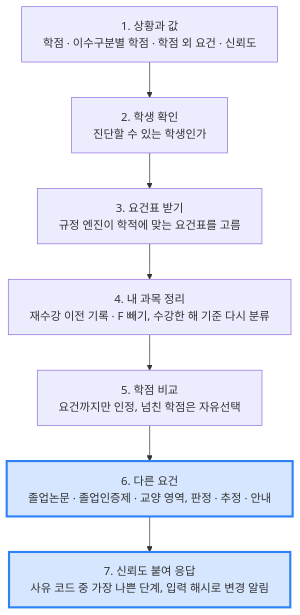
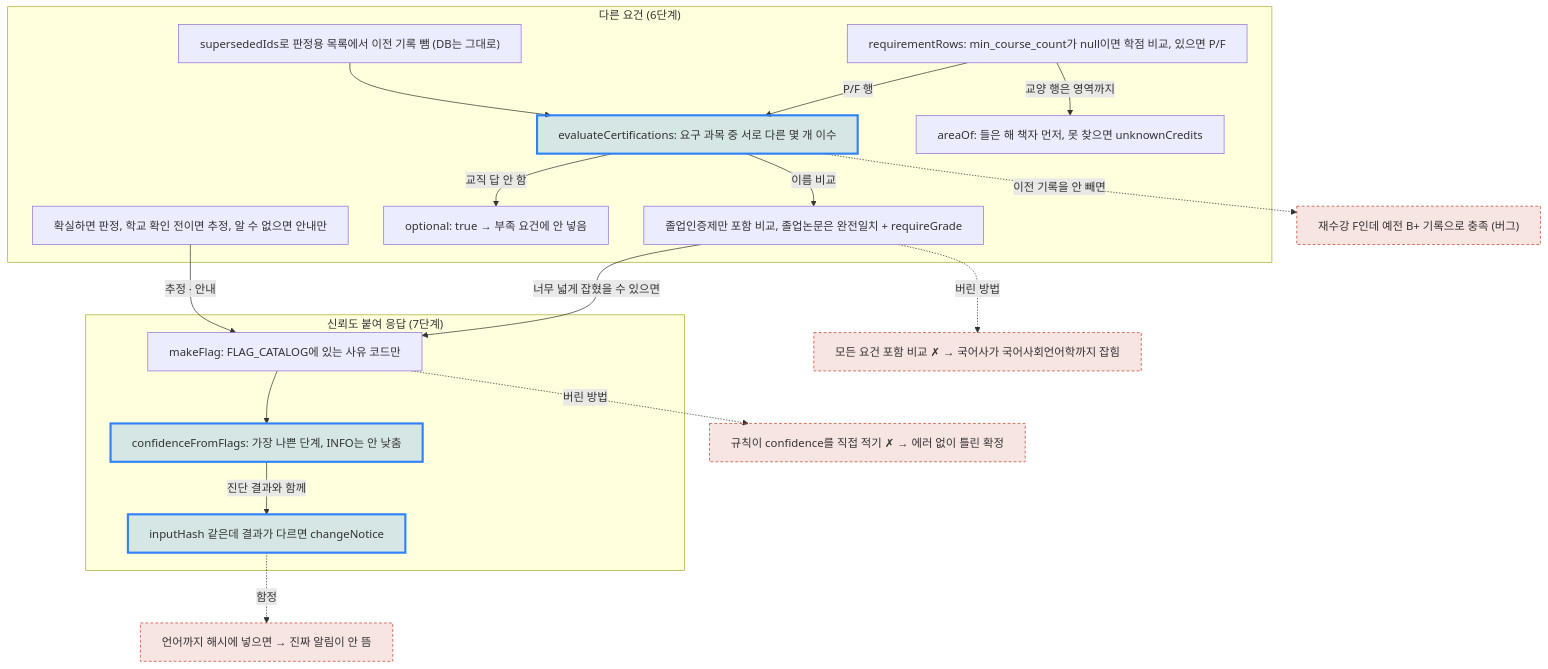
Before and after one commit to ChildrenAon/TIL: the diagram in 2026/November/11-19.md, drawn with Mermaid. The commit also changed other lines of this file, not shown here.

Commit message:
[ONE Student] 졸업 진단 다른 요건 · 신뢰도 · 입력 해시, 한 바퀴 정리
고침: 맨 위 그림을 그날 내용이 담긴 그림 한 장으로 바꿈

````diff
--- a/2026/November/11-19.md
+++ b/2026/November/11-19.md
@@ -16,12 +17,27 @@
 ```mermaid
 %%{init: {"flowchart": {"wrappingWidth": 600}, "themeCSS": ".edgeLabel div { display: table-cell !important; width: auto !important; max-width: none !important; white-space: nowrap !important; } .edgeLabel p { padding: 5px 12px !important; margin: 0 !important; background: #55555599; } .edgeLabel, .edgeLabel span, .edgeLabel .labelBkg { background: transparent !important; }"}}%%
 flowchart TD
-  A["1. 상황과 값<br/>학점 · 이수구분별 학점 · 학점 외 요건 · 신뢰도"] --> B["2. 학생 확인<br/>진단할 수 있는 학생인가"]
-  B --> C["3. 요건표 받기<br/>규정 엔진이 학적에 맞는 요건표를 고름"]
-  C --> D["4. 내 과목 정리<br/>재수강 이전 기록 · F 빼기, 수강한 해 기준 다시 분류"]
-  D --> E["5. 학점 비교<br/>요건까지만 인정, 넘친 학점은 자유선택"]
-  E --> F["6. 다른 요건<br/>졸업논문 · 졸업인증제 · 교양 영역, 판정 · 추정 · 안내"]
-  F --> G["7. 신뢰도 붙여 응답<br/>사유 코드 중 가장 나쁜 단계, 입력 해시로 변경 알림"]
+  subgraph S6["다른 요건 (6단계)"]
+    RR["requirementRows: min_course_count가 null이면 학점 비교, 있으면 P/F"]
+    RR -->|"P/F 행"| EC["evaluateCertifications: 요구 과목 중 서로 다른 몇 개 이수"]
+    SUP["supersededIds로 판정용 목록에서 이전 기록 뺌 (DB는 그대로)"] --> EC
+    EC -->|"이름 비교"| NM["졸업인증제만 포함 비교, 졸업논문은 완전일치 + requireGrade"]
+    EC -->|"교직 답 안 함"| TJ["optional: true → 부족 요건에 안 넣음"]
+    RR -->|"교양 행은 영역까지"| LA["areaOf: 들은 해 책자 먼저, 못 찾으면 unknownCredits"]
+    TR["확실하면 판정, 학교 확인 전이면 추정, 알 수 없으면 안내만"]
+  end
+  subgraph S7["신뢰도 붙여 응답 (7단계)"]
+    FL["makeFlag: FLAG_CATALOG에 있는 사유 코드만"] --> CF["confidenceFromFlags: 가장 나쁜 단계, INFO는 안 낮춤"]
+    CF -->|"진단 결과와 함께"| CN["inputHash 같은데 결과가 다르면 changeNotice"]
+  end
+  NM -->|"너무 넓게 잡혔을 수 있으면"| FL
+  TR -->|"추정 · 안내"| FL
+  NM -.->|"버린 방법"| B1["모든 요건 포함 비교 ✗ → 국어사가 국어사회언어학까지 잡힘"]
+  EC -.->|"이전 기록을 안 빼면"| B2["재수강 F인데 예전 B+ 기록으로 충족 (버그)"]
+  FL -.->|"버린 방법"| B3["규칙이 confidence를 직접 적기 ✗ → 에러 없이 틀린 확정"]
+  CN -.->|"함정"| B4["언어까지 해시에 넣으면 → 진짜 알림이 안 뜸"]
   classDef seen fill:#2f81f733,stroke:#2f81f7,stroke-width:3px
-  class F,G seen
+  classDef bad fill:#c2402a22,stroke:#c2402a,stroke-dasharray:4 3
+  class EC,CF,CN seen
+  class B1,B2,B3,B4 bad
 ```
````
